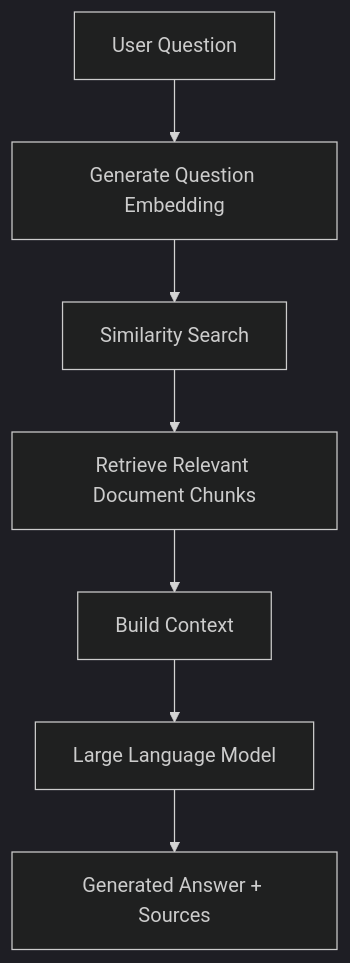
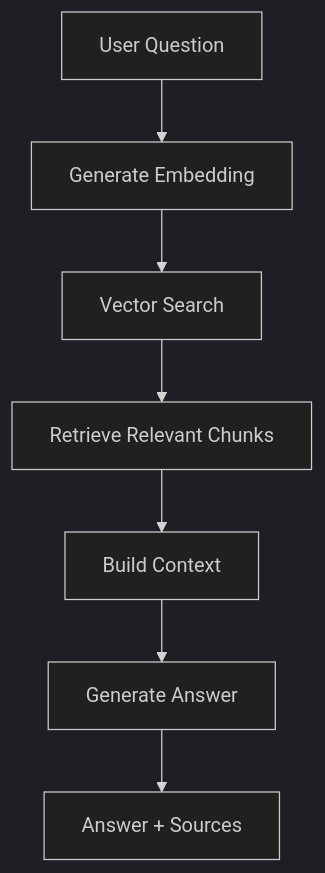
The third of 3 diagrams in docs/architecture.md (RitaAse/ai-knowledge-assistant), drawn with Mermaid (dark theme) before and after one commit. The commit also changed other lines of this file and 6 other files, not shown here.

````diff
--- a/docs/architecture.md
+++ b/docs/architecture.md
@@ -333,17 +469,17 @@
 ```mermaid
 flowchart TD
 
-    Question[User Question]
+Question[User Question]
 
-    Question --> Embedding[Generate Question Embedding]
+Question --> QueryEmbedding[Generate Embedding]
 
-    Embedding --> Search[Similarity Search]
+QueryEmbedding --> Search[Vector Search]
 
-    Search --> Chunks[Retrieve Relevant Document Chunks]
+Search --> Chunks[Retrieve Relevant Chunks]
 
-    Chunks --> Context[Build Context]
+Chunks --> Context[Build Context]
 
-    Context --> LLM[Large Language Model]
+Context --> LLM[Generate Answer]
 
-    LLM --> Answer[Generated Answer + Sources]
+LLM --> Response[Answer + Sources]
 ```
````
